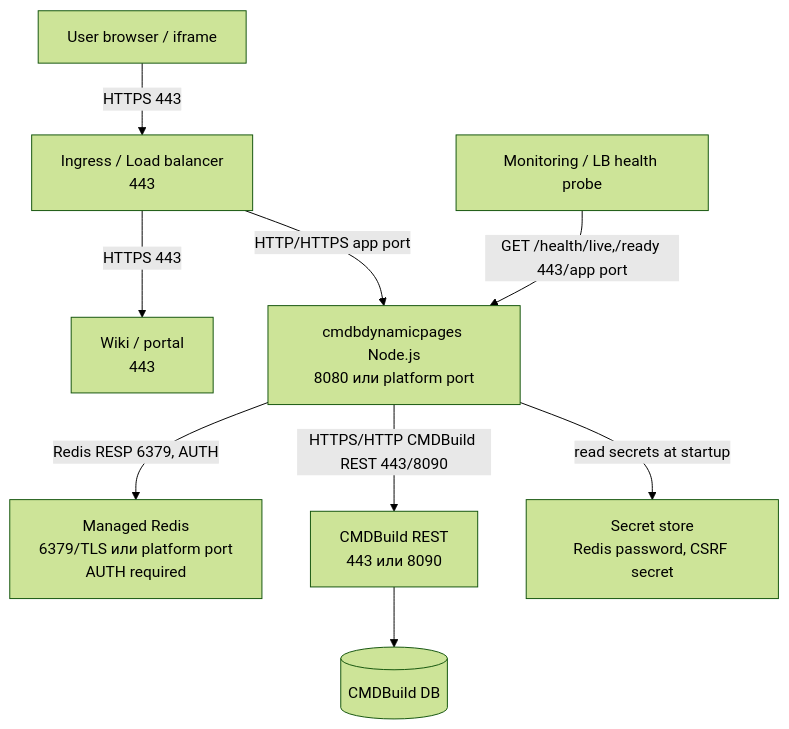
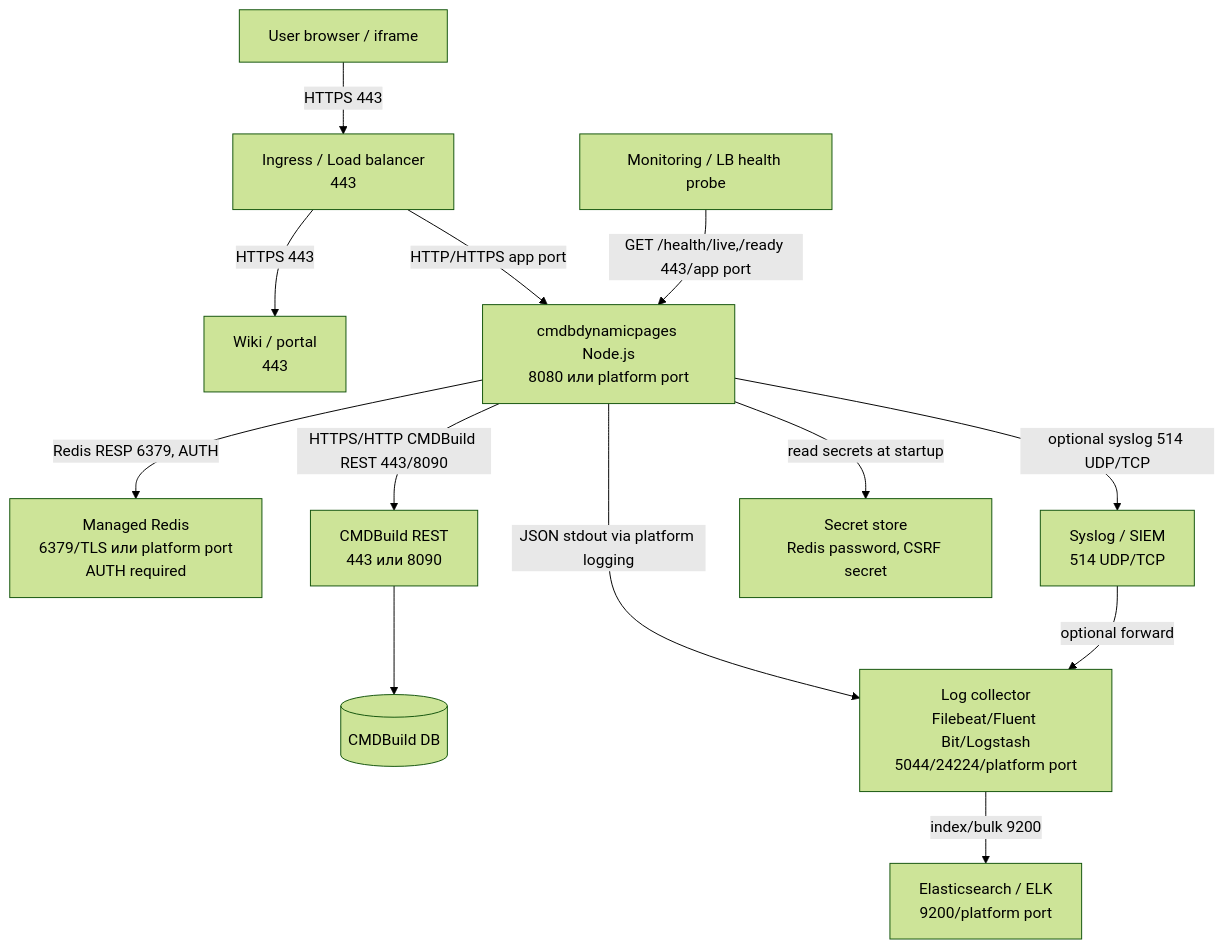
Before and after one commit to igorlyapin-max/cmdbdynamicpages: the second of 2 diagrams in aa/deployment.md, drawn with Mermaid (forest theme). The commit also changed other lines of this file and 30 other files, not shown here.

````diff
--- a/aa/deployment.md
+++ b/aa/deployment.md
@@ -30,21 +32,28 @@
 ```mermaid
 flowchart TB
   User[User browser / iframe]
   LB[Ingress / Load balancer<br/>443]
   Web[Wiki / portal<br/>443]
   App[cmdbdynamicpages Node.js<br/>8080 или platform port]
   Redis[Managed Redis<br/>6379/TLS или platform port<br/>AUTH required]
   CMDB[CMDBuild REST<br/>443 или 8090]
   CMDBDB[(CMDBuild DB)]
   Mon[Monitoring / LB health probe]
+  LogCollector[Log collector<br/>Filebeat/Fluent Bit/Logstash<br/>5044/24224/platform port]
+  Syslog[Syslog / SIEM<br/>514 UDP/TCP]
+  ELK[Elasticsearch / ELK<br/>9200/platform port]
   Secret[Secret store<br/>Redis password, CSRF secret]
 
   User -->|HTTPS 443| LB
   LB -->|HTTPS 443| Web
   LB -->|HTTP/HTTPS app port| App
   App -->|HTTPS/HTTP CMDBuild REST 443/8090| CMDB
   App -->|Redis RESP 6379, AUTH| Redis
   App -->|read secrets at startup| Secret
+  App -->|JSON stdout via platform logging| LogCollector
+  App -->|optional syslog 514 UDP/TCP| Syslog
+  Syslog -->|optional forward| LogCollector
+  LogCollector -->|index/bulk 9200| ELK
   CMDB --> CMDBDB
   Mon -->|GET /health/live,/ready 443/app port| App
 ```
````
